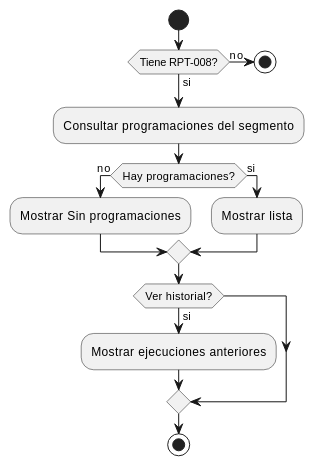
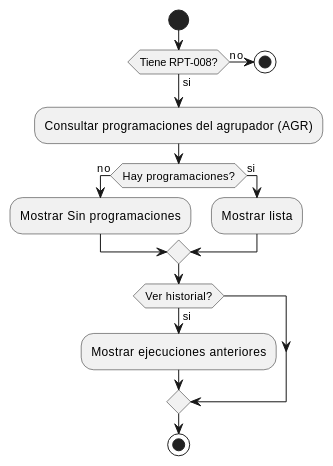
One commit to jcg-admin/IACT-docs changed the third of 3 diagrams in source/requisitos/casos-uso/reports/uc-rpt-08-ver-reportes-programados.rst. Above: the diagram before and after it, drawn with PlantUML. The commit also changed other lines of this file and 14 other files, not shown here.

```diff
--- a/source/requisitos/casos-uso/reports/uc-rpt-08-ver-reportes-programados.rst
+++ b/source/requisitos/casos-uso/reports/uc-rpt-08-ver-reportes-programados.rst
@@ -201,20 +201,20 @@
 .. uml::
  :caption: Diagrama de Actividad - UC_RPT_08
 
  @startuml
  start
  if (Tiene RPT-008?) then (no)
  stop
  else (si)
  endif
- :Consultar programaciones del segmento;
+ :Consultar programaciones del agrupador (AGR);
  if (Hay programaciones?) then (no)
  :Mostrar Sin programaciones;
  else (si)
  :Mostrar lista;
  endif
  if (Ver historial?) then (si)
  :Mostrar ejecuciones anteriores;
  endif
  stop
  @enduml
```
